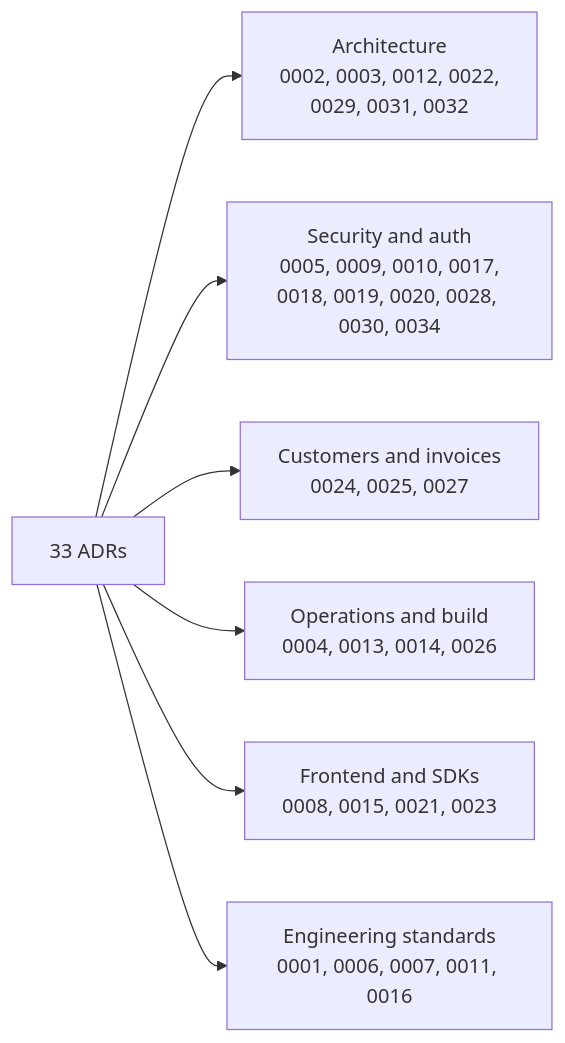
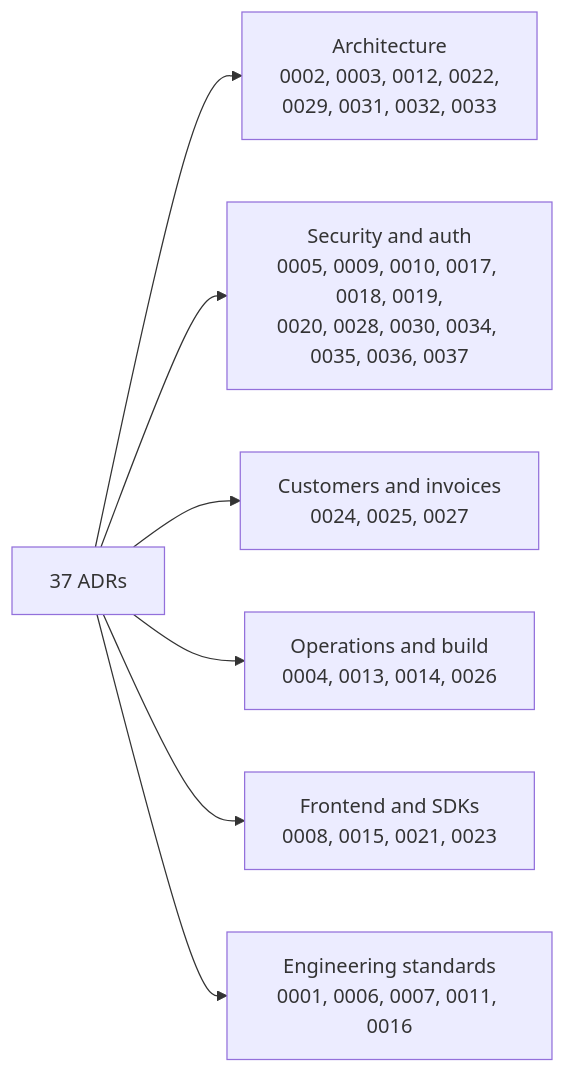
The first of 2 diagrams in docs/guide/decisions.md (vaam-apps/vpay-docs), drawn with Mermaid before and after one commit. The commit also changed other lines of this file and 29 other files, not shown here.

````diff
--- a/docs/guide/decisions.md
+++ b/docs/guide/decisions.md
@@ -78,9 +83,9 @@
 ```mermaid
 flowchart LR
-    ADR["33 ADRs"] --> A["Architecture<br/>0002, 0003, 0012, 0022,<br/>0029, 0031, 0032"]
-    ADR --> S["Security and auth<br/>0005, 0009, 0010, 0017,<br/>0018, 0019, 0020, 0028, 0030, 0034"]
+    ADR["37 ADRs"] --> A["Architecture<br/>0002, 0003, 0012, 0022,<br/>0029, 0031, 0032, 0033"]
+    ADR --> S["Security and auth<br/>0005, 0009, 0010, 0017, 0018, 0019,<br/>0020, 0028, 0030, 0034, 0035, 0036, 0037"]
     ADR --> C["Customers and invoices<br/>0024, 0025, 0027"]
     ADR --> O["Operations and build<br/>0004, 0013, 0014, 0026"]
     ADR --> F["Frontend and SDKs<br/>0008, 0015, 0021, 0023"]
     ADR --> E["Engineering standards<br/>0001, 0006, 0007, 0011, 0016"]
 ```
````
